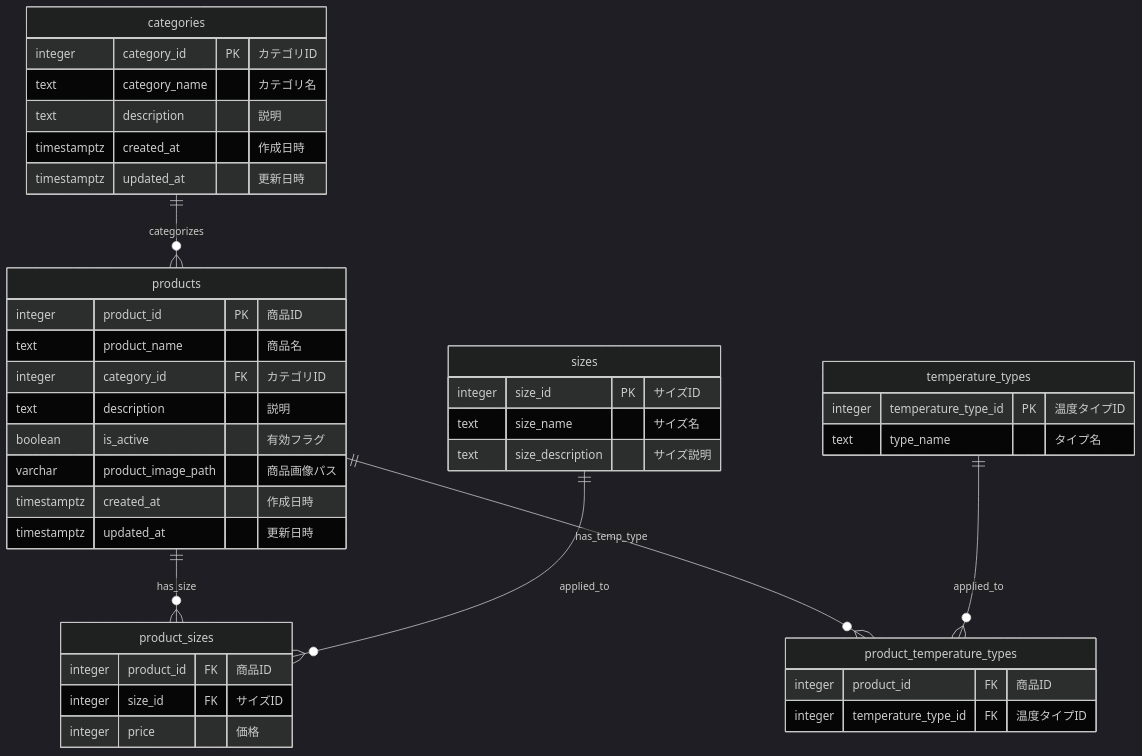
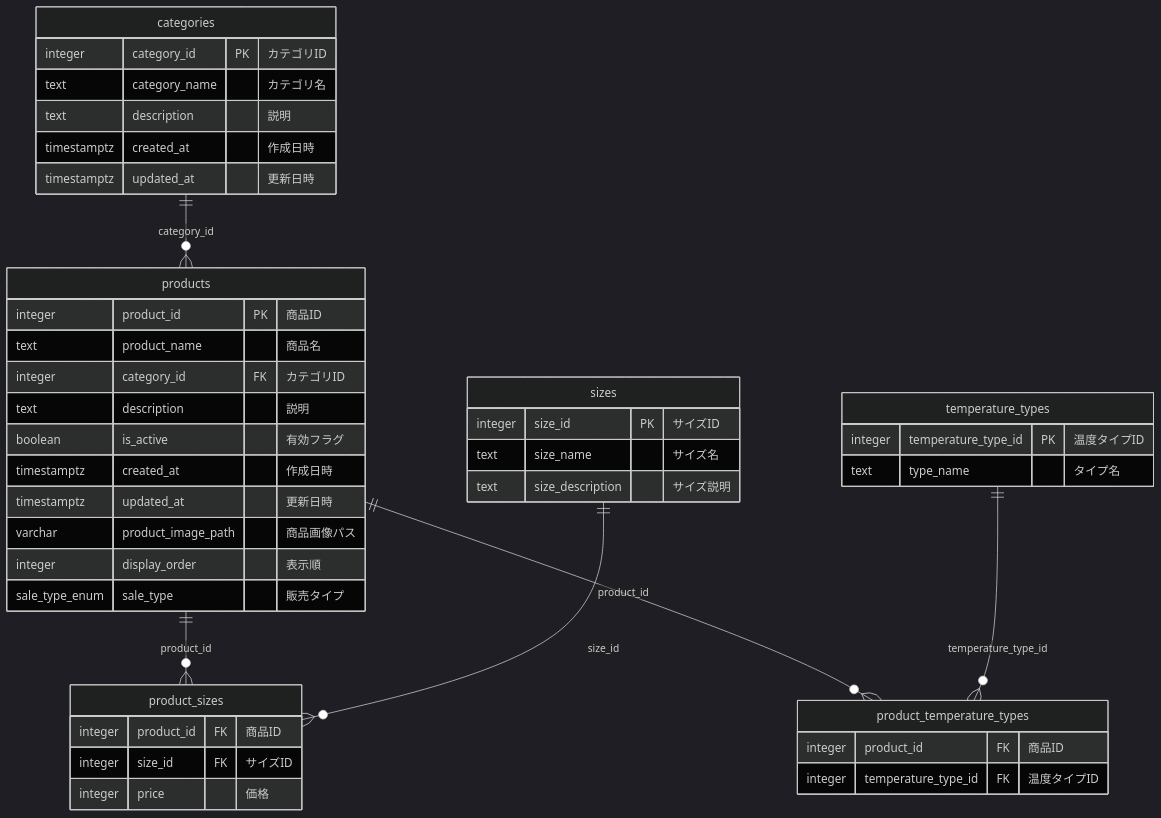
Before and after one commit to eno-conan/flutter-starbucks-clone-public: the diagram in supabase_schema/supabase/entity_relationship/er_diagram_product.mmd, drawn with Mermaid (dark theme). The commit also changed 102 other files, not shown here.

```diff
--- a/supabase_schema/supabase/entity_relationship/er_diagram_product.mmd
+++ b/supabase_schema/supabase/entity_relationship/er_diagram_product.mmd
@@ -1,49 +1,49 @@
 erDiagram
-    %% 商品・カテゴリ関連のER図
-    
-    categories ||--o{ products : "categorizes"
-    products ||--o{ product_sizes : "has_size"
-    products ||--o{ product_temperature_types : "has_temp_type"
-    sizes ||--o{ product_sizes : "applied_to"
-    temperature_types ||--o{ product_temperature_types : "applied_to"
-    
+    categories ||--o{ products : "category_id"
+    products ||--o{ product_sizes : "product_id"
+    products ||--o{ product_temperature_types : "product_id"
+    sizes ||--o{ product_sizes : "size_id"
+    temperature_types ||--o{ product_temperature_types : "temperature_type_id"
+
+    products {
+        integer product_id PK "商品ID"
+        text product_name "商品名"
+        integer category_id FK "カテゴリID"
+        text description "説明"
+        boolean is_active "有効フラグ"
+        timestamptz created_at "作成日時"
+        timestamptz updated_at "更新日時"
+        varchar product_image_path "商品画像パス"
+        integer display_order "表示順"
+        sale_type_enum sale_type "販売タイプ"
+    }
+
     categories {
         integer category_id PK "カテゴリID"
         text category_name "カテゴリ名"
         text description "説明"
         timestamptz created_at "作成日時"
         timestamptz updated_at "更新日時"
     }
-    
-    products {
-        integer product_id PK "商品ID"
-        text product_name "商品名"
-        integer category_id FK "カテゴリID"
-        text description "説明"
-        boolean is_active "有効フラグ"
-        varchar product_image_path "商品画像パス"
-        timestamptz created_at "作成日時"
-        timestamptz updated_at "更新日時"
-    }
-    
+
     sizes {
         integer size_id PK "サイズID"
         text size_name "サイズ名"
         text size_description "サイズ説明"
     }
-    
+
     temperature_types {
         integer temperature_type_id PK "温度タイプID"
         text type_name "タイプ名"
     }
-    
+
     product_sizes {
         integer product_id FK "商品ID"
         integer size_id FK "サイズID"
         integer price "価格"
     }
-    
+
     product_temperature_types {
         integer product_id FK "商品ID"
         integer temperature_type_id FK "温度タイプID"
     }
```
